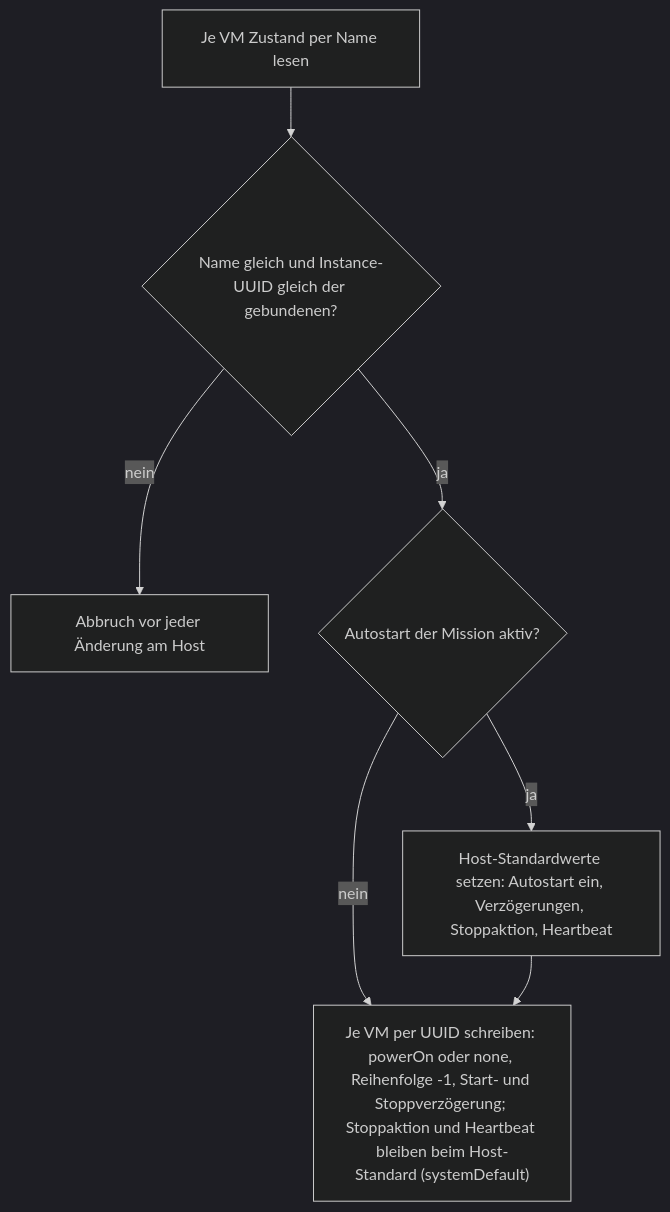
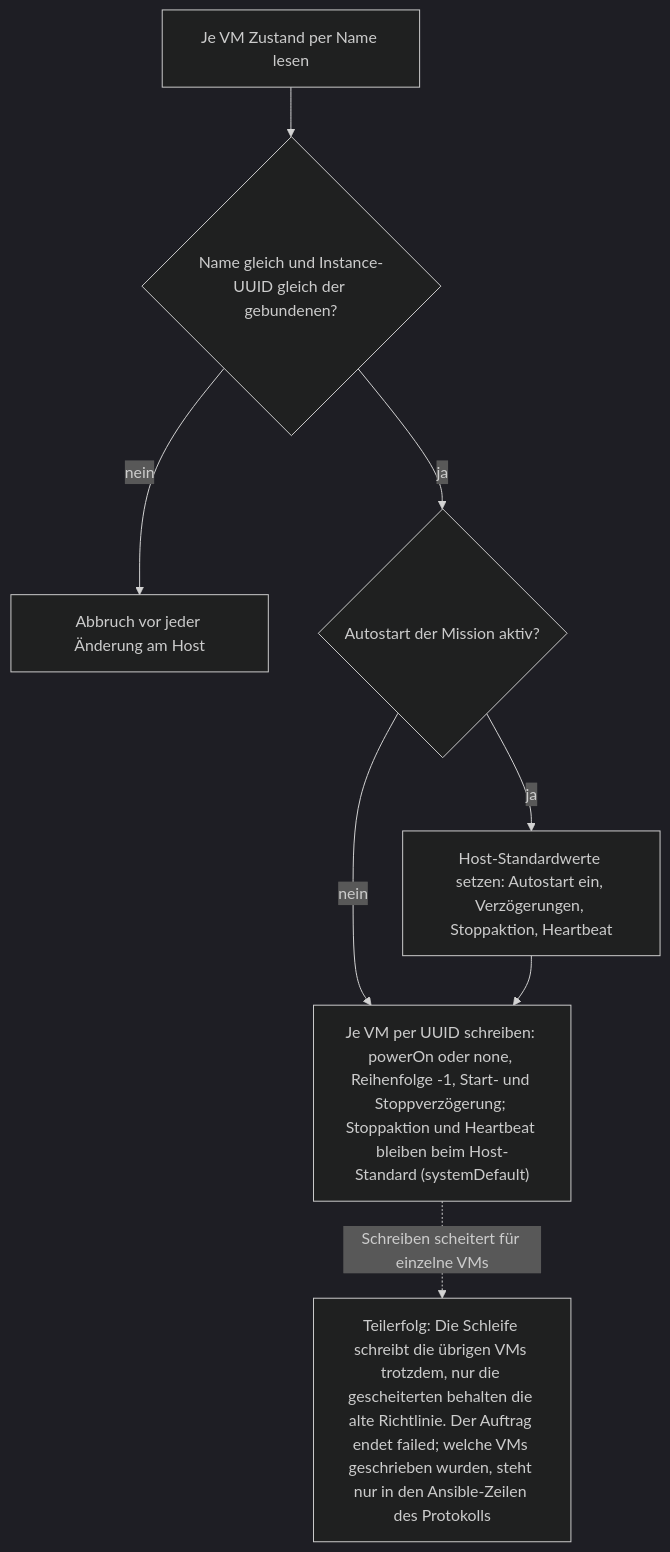
Before and after one commit to Samy94M/VirtuSphere-v2-WebApp: diagram 12 of 13 in docs/operations/deploy-flows.md, drawn with Mermaid (dark theme). The commit also changed other lines of this file and 37 other files, not shown here.

First line of the commit message:
Align docs, help and diagrams with the code (FC3)

````diff
--- a/docs/operations/deploy-flows.md
+++ b/docs/operations/deploy-flows.md
@@ -332,9 +343,10 @@
 ```mermaid
 flowchart TD
   A["Je VM Zustand per Name lesen"] --> B{"Name gleich und Instance-UUID gleich der gebundenen?"}
   B -->|nein| BX["Abbruch vor jeder Änderung am Host"]
   B -->|ja| C{"Autostart der Mission aktiv?"}
   C -->|ja| D["Host-Standardwerte setzen: Autostart ein, Verzögerungen, Stoppaktion, Heartbeat"]
   C -->|nein| E
   D --> E["Je VM per UUID schreiben: powerOn oder none, Reihenfolge -1, Start- und Stoppverzögerung; Stoppaktion und Heartbeat bleiben beim Host-Standard (systemDefault)"]
+  E -.->|Schreiben scheitert für einzelne VMs| EX["Teilerfolg: Die Schleife schreibt die übrigen VMs trotzdem, nur die gescheiterten behalten die alte Richtlinie. Der Auftrag endet failed; welche VMs geschrieben wurden, steht nur in den Ansible-Zeilen des Protokolls"]
 ```
````
